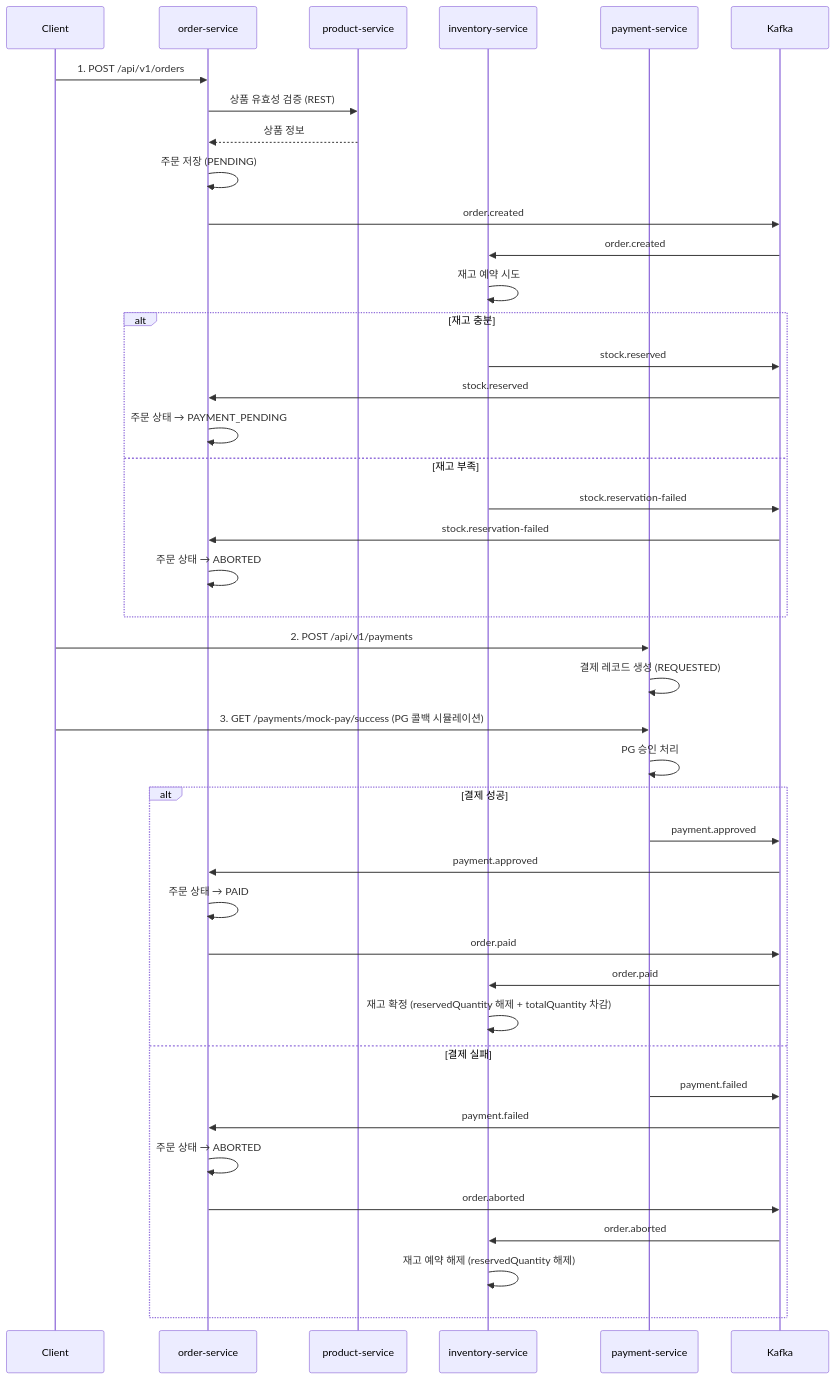
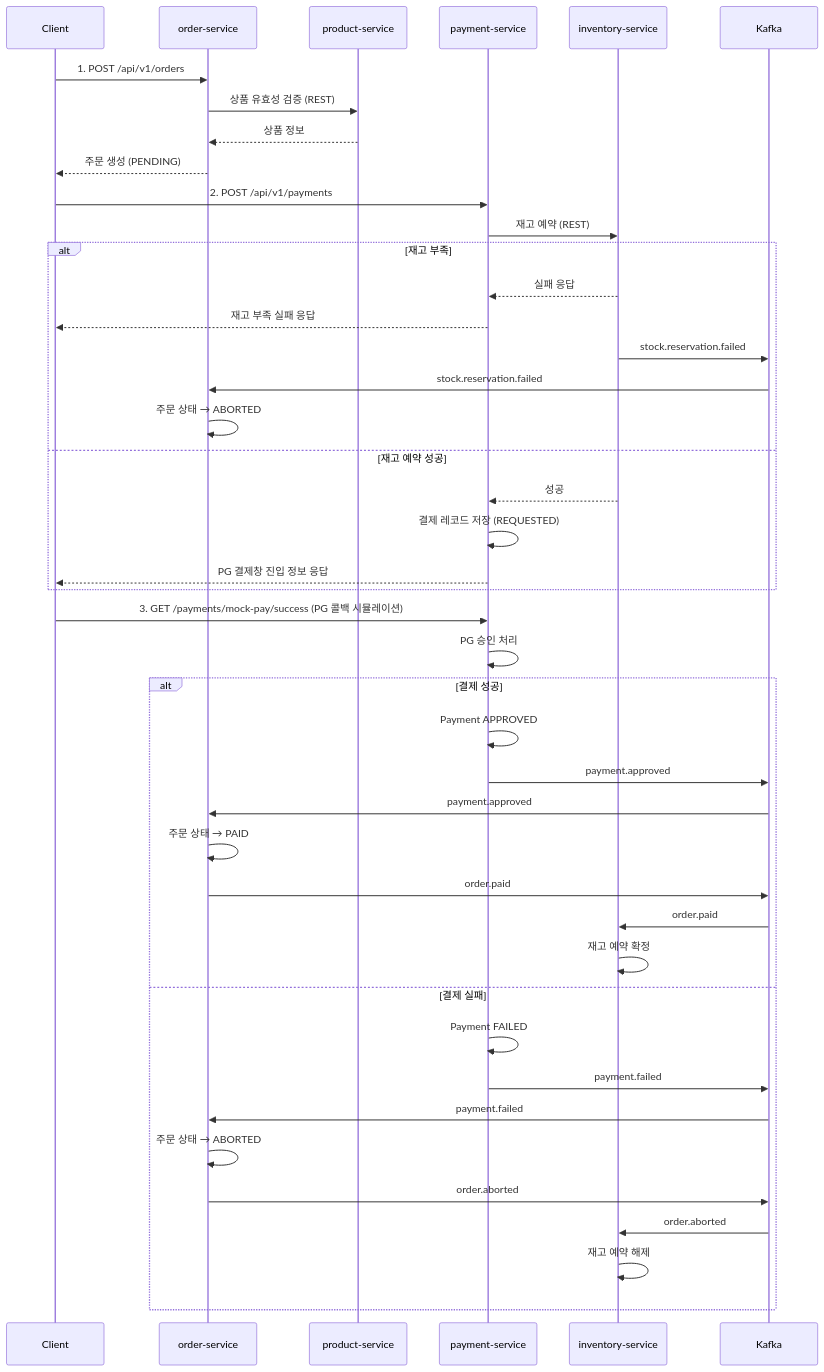
One commit to wocks1123/commerce-msa changed the first of 3 diagrams in README.md. Above: the diagram before and after it, drawn with Mermaid. The commit also changed other lines of this file, not shown here.

Commit message:
docs: README의 주문플로우 및 상태전이 항목 수정

````diff
--- a/README.md
+++ b/README.md
@@ -37,45 +38,46 @@
 ```mermaid
 sequenceDiagram
     participant C as Client
     participant OS as order-service
     participant PS as product-service
+    participant PAY as payment-service
     participant IS as inventory-service
-    participant PAY as payment-service
     participant K as Kafka
     C ->> OS: 1. POST /api/v1/orders
     OS ->> PS: 상품 유효성 검증 (REST)
     PS -->> OS: 상품 정보
-    OS ->> OS: 주문 저장 (PENDING)
-    OS ->> K: order.created
-    K ->> IS: order.created
-    IS ->> IS: 재고 예약 시도
-    alt 재고 충분
-        IS ->> K: stock.reserved
-        K ->> OS: stock.reserved
-        OS ->> OS: 주문 상태 → PAYMENT_PENDING
-    else 재고 부족
-        IS ->> K: stock.reservation-failed
-        K ->> OS: stock.reservation-failed
+    OS -->> C: 주문 생성 (PENDING)
+    C ->> PAY: 2. POST /api/v1/payments
+    PAY ->> IS: 재고 예약 (REST)
+    alt 재고 부족
+        IS -->> PAY: 실패 응답
+        PAY -->> C: 재고 부족 실패 응답
+        IS ->> K: stock.reservation.failed
+        K ->> OS: stock.reservation.failed
         OS ->> OS: 주문 상태 → ABORTED
+    else 재고 예약 성공
+        IS -->> PAY: 성공
+        PAY ->> PAY: 결제 레코드 저장 (REQUESTED)
+        PAY -->> C: PG 결제창 진입 정보 응답
     end
 
-    C ->> PAY: 2. POST /api/v1/payments
-    PAY ->> PAY: 결제 레코드 생성 (REQUESTED)
     C ->> PAY: 3. GET /payments/mock-pay/success (PG 콜백 시뮬레이션)
     PAY ->> PAY: PG 승인 처리
     alt 결제 성공
+        PAY ->> PAY: Payment APPROVED
         PAY ->> K: payment.approved
         K ->> OS: payment.approved
         OS ->> OS: 주문 상태 → PAID
         OS ->> K: order.paid
         K ->> IS: order.paid
-        IS ->> IS: 재고 확정 (reservedQuantity 해제 + totalQuantity 차감)
+        IS ->> IS: 재고 예약 확정
     else 결제 실패
+        PAY ->> PAY: Payment FAILED
         PAY ->> K: payment.failed
         K ->> OS: payment.failed
         OS ->> OS: 주문 상태 → ABORTED
         OS ->> K: order.aborted
         K ->> IS: order.aborted
-        IS ->> IS: 재고 예약 해제 (reservedQuantity 해제)
+        IS ->> IS: 재고 예약 해제
     end
 ```
````
